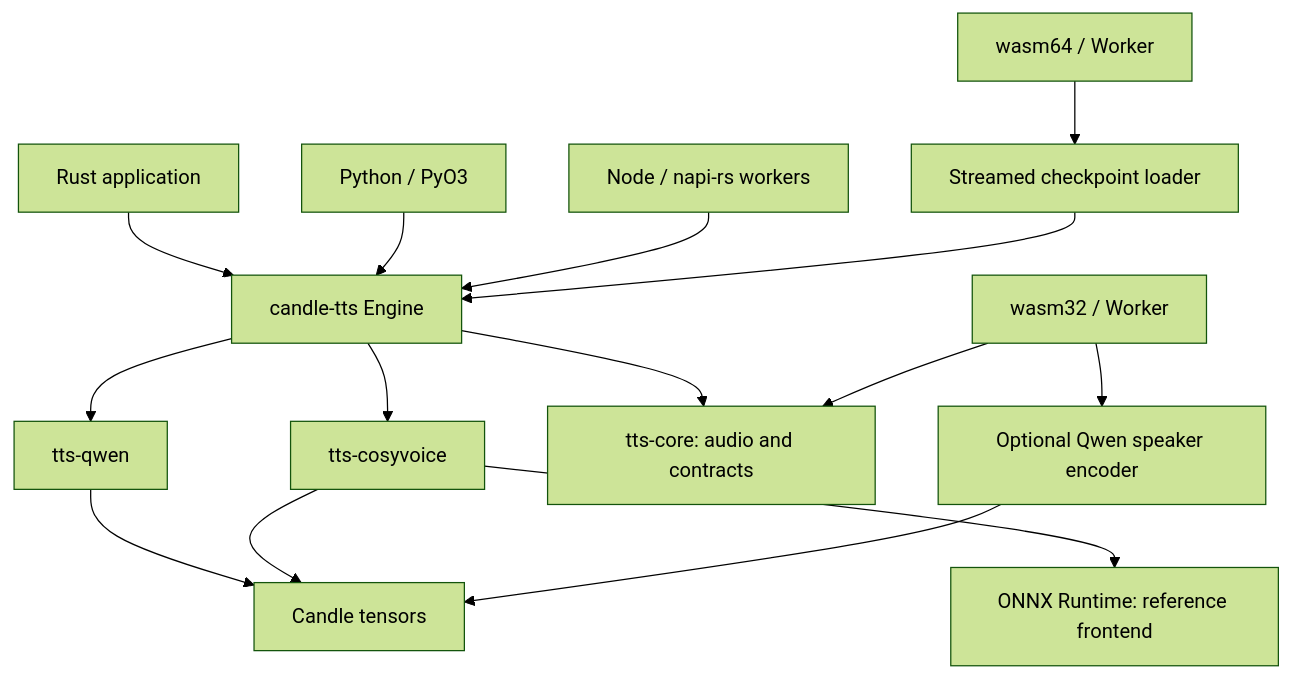
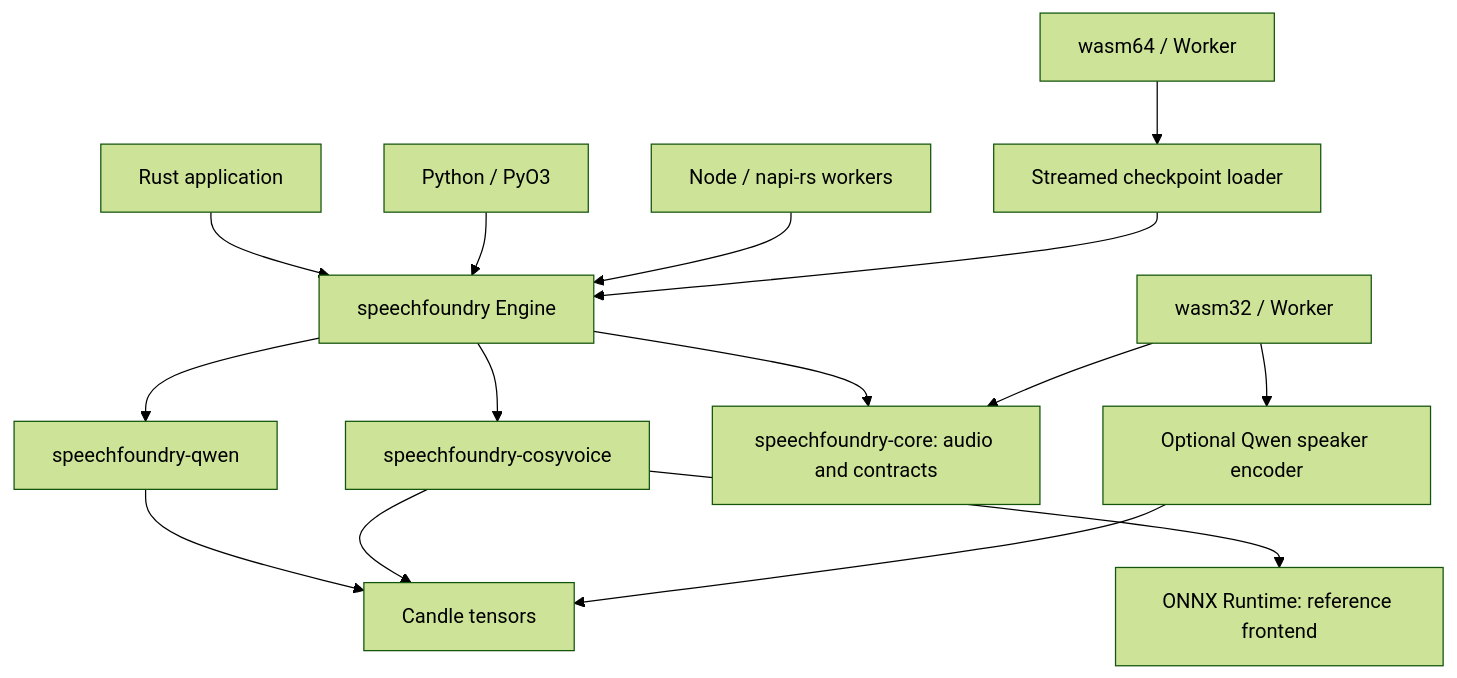
Before and after one commit to SpenserCai/tts-rs: the first of 3 diagrams in docs/architecture.md, drawn with Mermaid (forest theme). The commit also changed other lines of this file and 186 other files, not shown here.

````diff
--- a/docs/architecture.md
+++ b/docs/architecture.md
@@ -7,17 +11,17 @@
 ```mermaid
 flowchart TD
-    R["Rust application"] --> E["candle-tts Engine"]
+    R["Rust application"] --> E["speechfoundry Engine"]
     P["Python / PyO3"] --> E
     N["Node / napi-rs workers"] --> E
-    E --> Q["tts-qwen"]
-    E --> C["tts-cosyvoice"]
+    E --> Q["speechfoundry-qwen"]
+    E --> C["speechfoundry-cosyvoice"]
     Q --> T["Candle tensors"]
     C --> T
     C --> O["ONNX Runtime: reference frontend"]
-    E --> A["tts-core: audio and contracts"]
+    E --> A["speechfoundry-core: audio and contracts"]
     W["wasm32 / Worker"] --> A
     W --> QS["Optional Qwen speaker encoder"]
     QS --> T
     W64["wasm64 / Worker"] --> L["Streamed checkpoint loader"]
     L --> E
 ```
````
